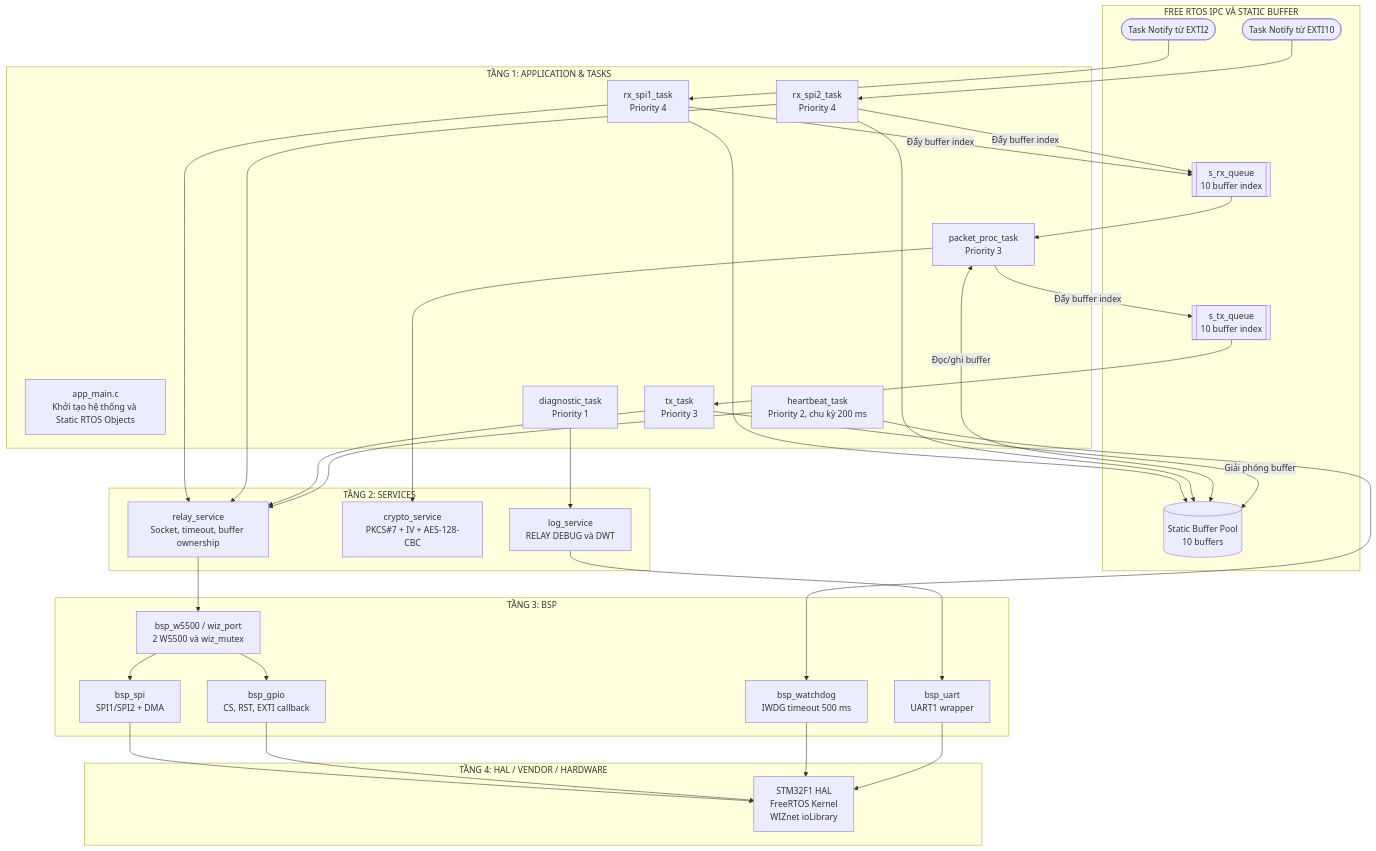
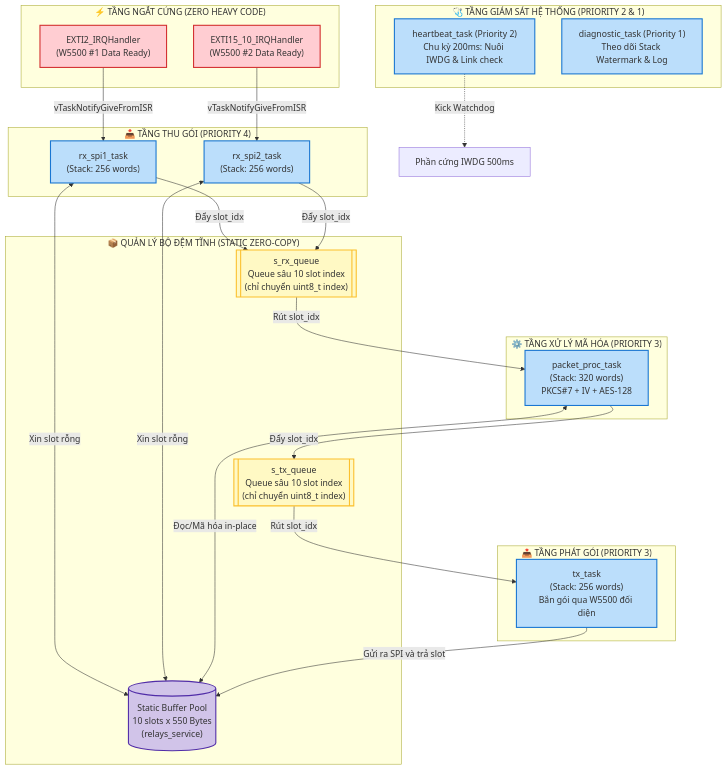
The third of 4 diagrams in README.md (imryux/Secure_Gateway_AES128_STM32), drawn with Mermaid before and after one commit. The commit also changed other lines of this file, not shown here.

Commit message:
docs: redesign README with comprehensive system block diagrams and architecture

````diff
--- a/README.md
+++ b/README.md
@@ -54,70 +167,56 @@
 ```mermaid
 graph TB
-    subgraph L1["TẦNG 1: APPLICATION & TASKS"]
-        APP["app_main.c<br/>Khởi tạo hệ thống và Static RTOS Objects"]
-        T_RX1["rx_spi1_task<br/>Priority 4"]
-        T_RX2["rx_spi2_task<br/>Priority 4"]
-        T_PROC["packet_proc_task<br/>Priority 3"]
-        T_TX["tx_task<br/>Priority 3"]
-        T_HB["heartbeat_task<br/>Priority 2, chu kỳ 200 ms"]
-        T_DIAG["diagnostic_task<br/>Priority 1"]
+    classDef isr fill:#ffcdd2,stroke:#d32f2f,stroke-width:2px;
+    classDef task fill:#bbdefb,stroke:#1976d2,stroke-width:2px;
+    classDef ipc fill:#fff9c4,stroke:#fbc02d,stroke-width:2px;
+    classDef mem fill:#d1c4e9,stroke:#512da8,stroke-width:2px;
+    classDef srv fill:#c8e6c9,stroke:#388e3c,stroke-width:2px;
+
+    subgraph INTERRUPTS["⚡ TẦNG NGẮT CỨNG (ZERO HEAVY CODE)"]
+        ISR_A["EXTI2_IRQHandler<br/>(W5500 #1 Data Ready)"]:::isr
+        ISR_B["EXTI15_10_IRQHandler<br/>(W5500 #2 Data Ready)"]:::isr
     end
 
-    subgraph IPC["FREE RTOS IPC VÀ STATIC BUFFER"]
-        NOTIFY1(["Task Notify từ EXTI2"])
-        NOTIFY2(["Task Notify từ EXTI10"])
-        Q_RX[["s_rx_queue<br/>10 buffer index"]]
-        Q_TX[["s_tx_queue<br/>10 buffer index"]]
-        POOL[("Static Buffer Pool<br/>10 buffers")]
+    subgraph RX_TIER["📥 TẦNG THU GÓI (PRIORITY 4)"]
+        TASK_RX1["rx_spi1_task<br/>(Stack: 256 words)"]:::task
+        TASK_RX2["rx_spi2_task<br/>(Stack: 256 words)"]:::task
     end
 
-    subgraph L2["TẦNG 2: SERVICES"]
-        S_RELAY["relay_service<br/>Socket, timeout, buffer ownership"]
-        S_CRYPTO["crypto_service<br/>PKCS#7 + IV + AES-128-CBC"]
-        S_LOG["log_service<br/>RELAY DEBUG và DWT"]
+    subgraph BUFFER_MANAGEMENT["📦 QUẢN LÝ BỘ ĐỆM TĨNH (STATIC ZERO-COPY)"]
+        POOL[("Static Buffer Pool<br/>10 slots x 550 Bytes<br/>(relays_service)")]:::mem
+        Q_RX[["s_rx_queue<br/>Queue sâu 10 slot index<br/>(chỉ chuyển uint8_t index)"]]:::ipc
+        Q_TX[["s_tx_queue<br/>Queue sâu 10 slot index<br/>(chỉ chuyển uint8_t index)"]]:::ipc
     end
 
-    subgraph L3["TẦNG 3: BSP"]
-        B_W5500["bsp_w5500 / wiz_port<br/>2 W5500 và wiz_mutex"]
-        B_SPI["bsp_spi<br/>SPI1/SPI2 + DMA"]
-        B_GPIO["bsp_gpio<br/>CS, RST, EXTI callback"]
-        B_WDG["bsp_watchdog<br/>IWDG timeout 500 ms"]
-        B_UART["bsp_uart<br/>UART1 wrapper"]
+    subgraph PROC_TIER["⚙️ TẦNG XỬ LÝ MÃ HÓA (PRIORITY 3)"]
+        TASK_PROC["packet_proc_task<br/>(Stack: 320 words)<br/>PKCS#7 + IV + AES-128"]:::task
     end
 
-    subgraph L4["TẦNG 4: HAL / VENDOR / HARDWARE"]
-        HAL["STM32F1 HAL<br/>FreeRTOS Kernel<br/>WIZnet ioLibrary"]
+    subgraph TX_TIER["📤 TẦNG PHÁT GÓI (PRIORITY 3)"]
+        TASK_TX["tx_task<br/>(Stack: 256 words)<br/>Bắn gói qua W5500 đối diện"]:::task
     end
 
-    NOTIFY1 --> T_RX1
-    NOTIFY2 --> T_RX2
+    subgraph SYSTEM_TIER["🩺 TẦNG GIÁM SÁT HỆ THỐNG (PRIORITY 2 & 1)"]
+        TASK_HB["heartbeat_task (Priority 2)<br/>Chu kỳ 200ms: Nuôi IWDG & Link check"]:::task
+        TASK_DIAG["diagnostic_task (Priority 1)<br/>Theo dõi Stack Watermark & Log"]:::task
+    end
 
-    T_RX1 --> POOL
-    T_RX2 --> POOL
-    T_RX1 -->|Đẩy buffer index| Q_RX
-    T_RX2 -->|Đẩy buffer index| Q_RX
-    Q_RX --> T_PROC
+    %% Luồng điều khiển và dữ liệu
+    ISR_A -->|vTaskNotifyGiveFromISR| TASK_RX1
+    ISR_B -->|vTaskNotifyGiveFromISR| TASK_RX2
 
-    T_PROC <-->|Đọc/ghi buffer| POOL
-    T_PROC --> S_CRYPTO
-    T_PROC -->|Đẩy buffer index| Q_TX
-    Q_TX --> T_TX
-    T_TX -->|Giải phóng buffer| POOL
+    TASK_RX1 <-->|Xin slot rỗng| POOL
+    TASK_RX2 <-->|Xin slot rỗng| POOL
 
-    T_RX1 --> S_RELAY
-    T_RX2 --> S_RELAY
-    T_TX --> S_RELAY
-    T_HB --> S_RELAY
-    T_HB --> B_WDG
-    T_DIAG --> S_LOG
+    TASK_RX1 -->|Đẩy slot_idx| Q_RX
+    TASK_RX2 -->|Đẩy slot_idx| Q_RX
 
-    S_RELAY --> B_W5500
-    B_W5500 --> B_SPI
-    B_W5500 --> B_GPIO
-    S_LOG --> B_UART
+    Q_RX -->|Rút slot_idx| TASK_PROC
+    TASK_PROC <-->|Đọc/Mã hóa in-place| POOL
+    TASK_PROC -->|Đẩy slot_idx| Q_TX
 
-    B_SPI --> HAL
-    B_GPIO --> HAL
-    B_WDG --> HAL
-    B_UART --> HAL
+    Q_TX -->|Rút slot_idx| TASK_TX
+    TASK_TX -->|Gửi ra SPI và trả slot| POOL
+
+    TASK_HB -.->|Kick Watchdog| IWDG_TIMER["Phần cứng IWDG 500ms"]
 ```
````
